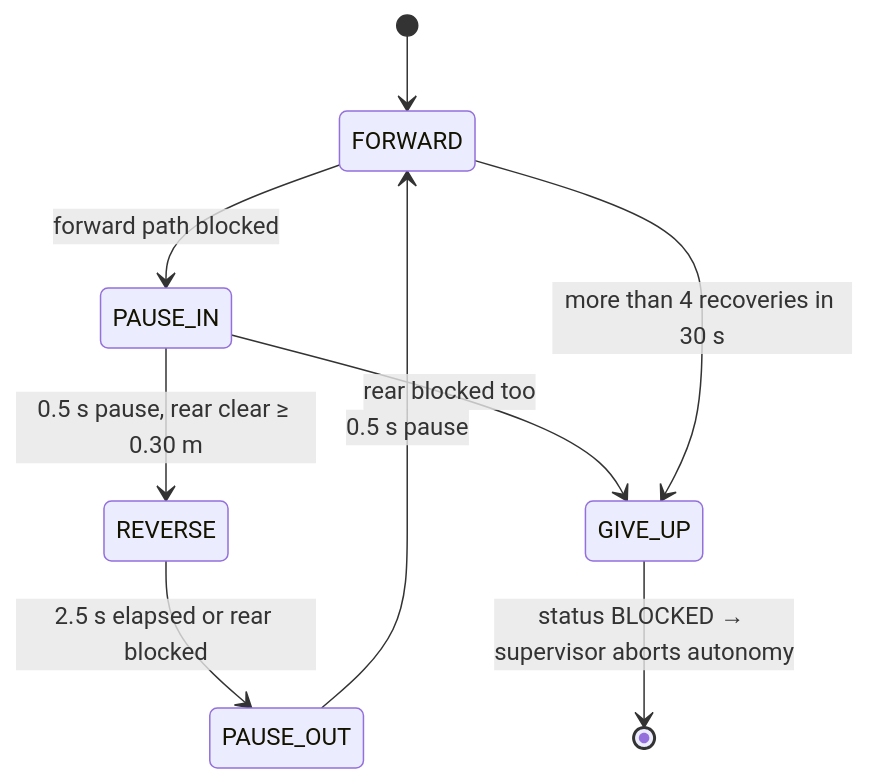
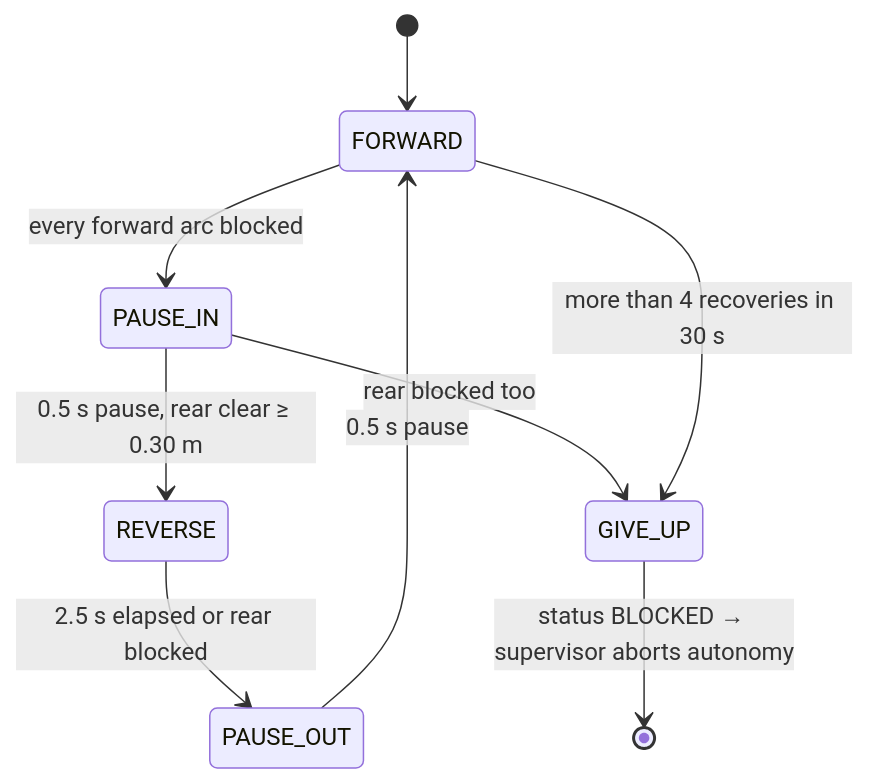
One commit to SamyakGangwal/Project_LAKSA changed the second of 2 diagrams in docs/learned_driver/05_runtime_safety.md. Above: the diagram before and after it, drawn with Mermaid. The commit also changed other lines of this file and 9 other files, not shown here.

````diff
--- a/docs/learned_driver/05_runtime_safety.md
+++ b/docs/learned_driver/05_runtime_safety.md
@@ -44,11 +59,11 @@
 ```mermaid
 stateDiagram-v2
     [*] --> FORWARD
-    FORWARD --> PAUSE_IN: forward path blocked
+    FORWARD --> PAUSE_IN: every forward arc blocked
     PAUSE_IN --> REVERSE: 0.5 s pause, rear clear ≥ 0.30 m
     PAUSE_IN --> GIVE_UP: rear blocked too
     REVERSE --> PAUSE_OUT: 2.5 s elapsed or rear blocked
     PAUSE_OUT --> FORWARD: 0.5 s pause
     FORWARD --> GIVE_UP: more than 4 recoveries in 30 s
     GIVE_UP --> [*]: status BLOCKED → supervisor aborts autonomy
 ```
````
